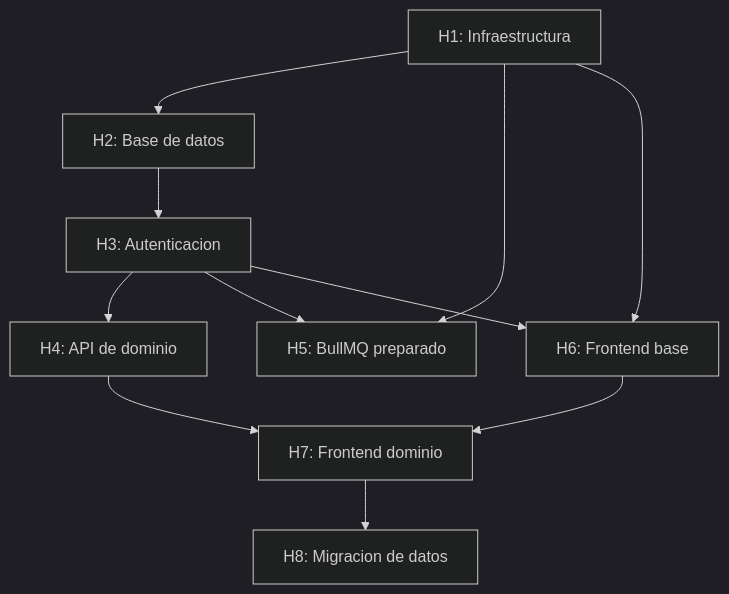
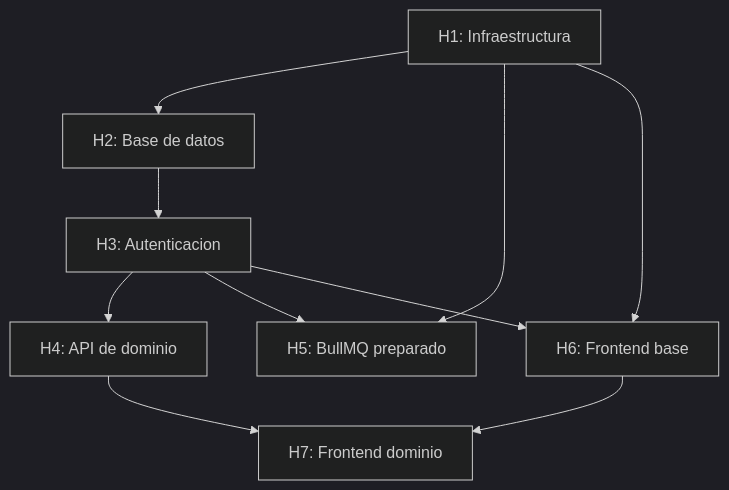
Before and after one commit to lokiteitor/FS25_FarmPlanner: the diagram in docs/plan-implementacion.md, drawn with Mermaid (dark theme). The commit also changed other lines of this file and 12 other files, not shown here.

Commit message:
NO-TICKET: Borre la feature de migracion de datos

````diff
--- a/docs/plan-implementacion.md
+++ b/docs/plan-implementacion.md
@@ -714,13 +665,12 @@
 ```mermaid
 graph TD
     H1[H1: Infraestructura] --> H2[H2: Base de datos]
     H2 --> H3[H3: Autenticacion]
     H3 --> H4[H4: API de dominio]
     H1 --> H5[H5: BullMQ preparado]
     H3 --> H5
     H1 --> H6[H6: Frontend base]
     H3 --> H6
     H4 --> H7[H7: Frontend dominio]
     H6 --> H7
-    H7 --> H8[H8: Migracion de datos]
 ```
````
